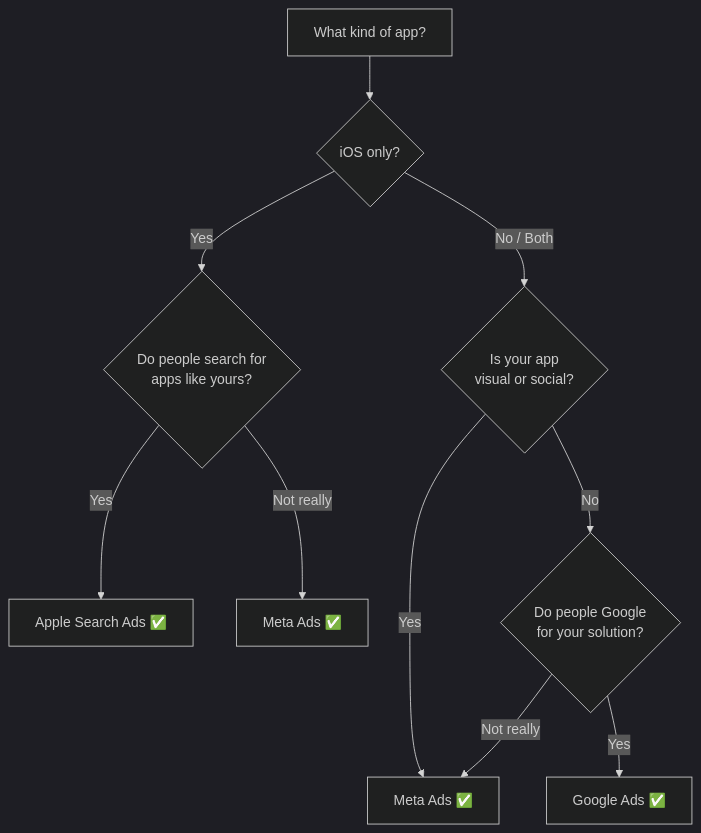
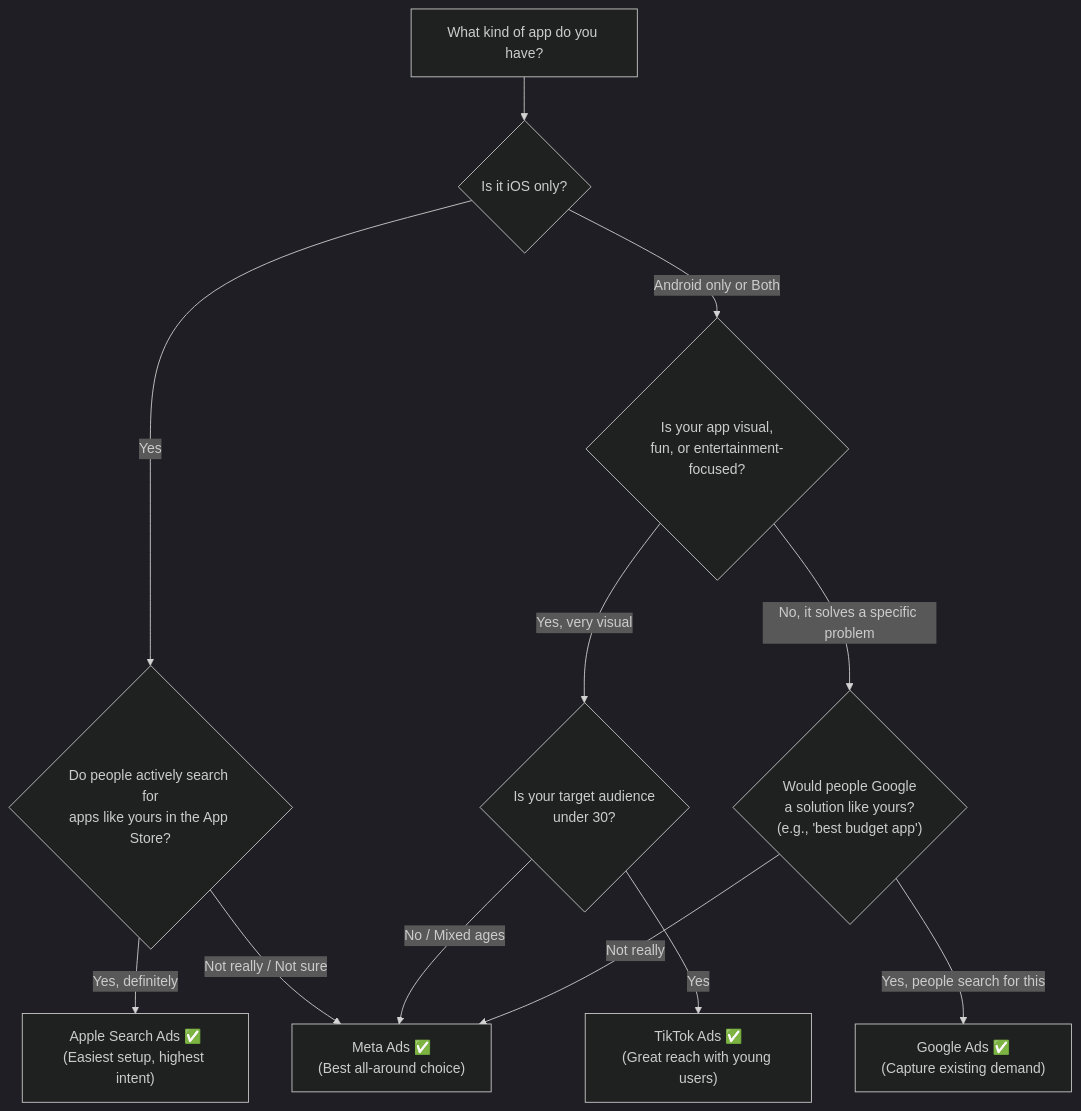
The diagram in first-campaign/choose-your-platform.mdx (saanghyuk/ship-your-ads), drawn with Mermaid (dark theme) before and after one commit. The commit also changed other lines of this file and 47 other files, not shown here.

````diff
--- a/first-campaign/choose-your-platform.mdx
+++ b/first-campaign/choose-your-platform.mdx
@@ -12,12 +37,14 @@
 ```mermaid
 graph TD
-    A[What kind of app?] --> B{iOS only?}
-    B -->|Yes| C{Do people search for\napps like yours?}
-    C -->|Yes| D[Apple Search Ads ✅]
-    C -->|Not really| E[Meta Ads ✅]
-    B -->|No / Both| F{Is your app\nvisual or social?}
-    F -->|Yes| G[Meta Ads ✅]
-    F -->|No| H{Do people Google\nfor your solution?}
-    H -->|Yes| I[Google Ads ✅]
-    H -->|Not really| G
+    A["What kind of app do you have?"] --> B{"Is it iOS only?"}
+    B -->|"Yes"| C{"Do people actively search for\napps like yours in the App Store?"}
+    C -->|"Yes, definitely"| D["Apple Search Ads ✅\n(Easiest setup, highest intent)"]
+    C -->|"Not really / Not sure"| E["Meta Ads ✅\n(Best all-around choice)"]
+    B -->|"Android only or Both"| F{"Is your app visual,\nfun, or entertainment-focused?"}
+    F -->|"Yes, very visual"| G{"Is your target audience\nunder 30?"}
+    G -->|"Yes"| H["TikTok Ads ✅\n(Great reach with young users)"]
+    G -->|"No / Mixed ages"| E
+    F -->|"No, it solves a specific problem"| I{"Would people Google\na solution like yours?\n(e.g., 'best budget app')"}
+    I -->|"Yes, people search for this"| J["Google Ads ✅\n(Capture existing demand)"]
+    I -->|"Not really"| E
 ```
````
